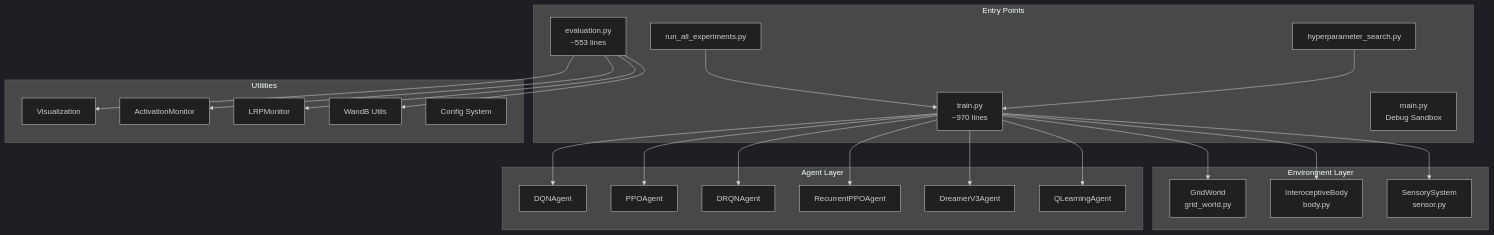
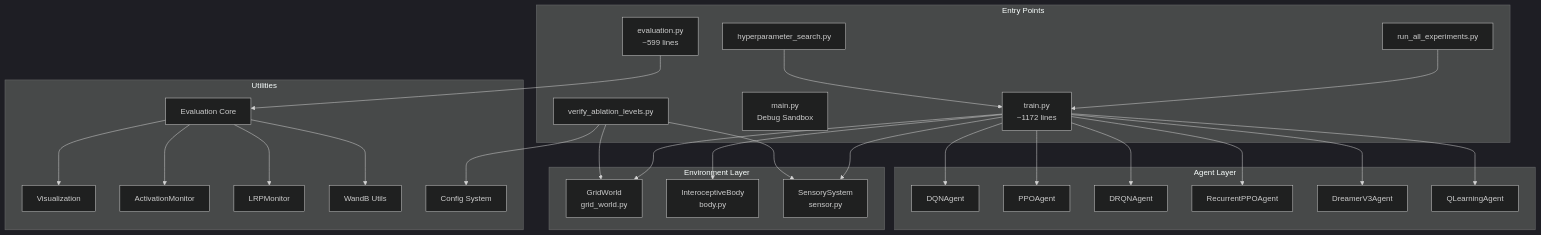
One commit to Sungwoo-Lee/grid_world_pain changed the diagram in docs/PROJECT_SUMMARY.md. Above: the diagram before and after it, drawn with Mermaid (dark theme). The commit also changed other lines of this file and 1 other file, not shown here.

Commit message:
feat: Introduce ablation study support, WandB integration, and detailed sensory system documentation, while updating Python version requirements.

````diff
--- a/docs/PROJECT_SUMMARY.md
+++ b/docs/PROJECT_SUMMARY.md
@@ -22,39 +22,43 @@
 ```mermaid
 graph TB
     subgraph "Entry Points"
-        A[train.py<br/>~970 lines]
-        B[evaluation.py<br/>~553 lines]
+        A[train.py<br/>~1172 lines]
+        B[evaluation.py<br/>~599 lines]
         C[main.py<br/>Debug Sandbox]
         D[run_all_experiments.py]
         E[hyperparameter_search.py]
+        EA[verify_ablation_levels.py]
     end
     
     subgraph "Environment Layer"
         F[GridWorld<br/>grid_world.py]
         G[InteroceptiveBody<br/>body.py]
         H[SensorySystem<br/>sensor.py]
     end
     
     subgraph "Agent Layer"
         I[DQNAgent]
         J[PPOAgent]
         K[DRQNAgent]
         L[RecurrentPPOAgent]
         M[DreamerV3Agent]
         N[QLearningAgent]
     end
     
     subgraph "Utilities"
         O[Visualization]
         P[ActivationMonitor]
         Q[LRPMonitor]
         R[WandB Utils]
         S[Config System]
+        T[Evaluation Core]
     end
     
     A --> F & G & H
     A --> I & J & K & L & M & N
-    B --> O & P & Q & R
+    B --> T
+    T --> O & P & Q & R
     D --> A
     E --> A
+    EA --> F & H & S
 ```
````
